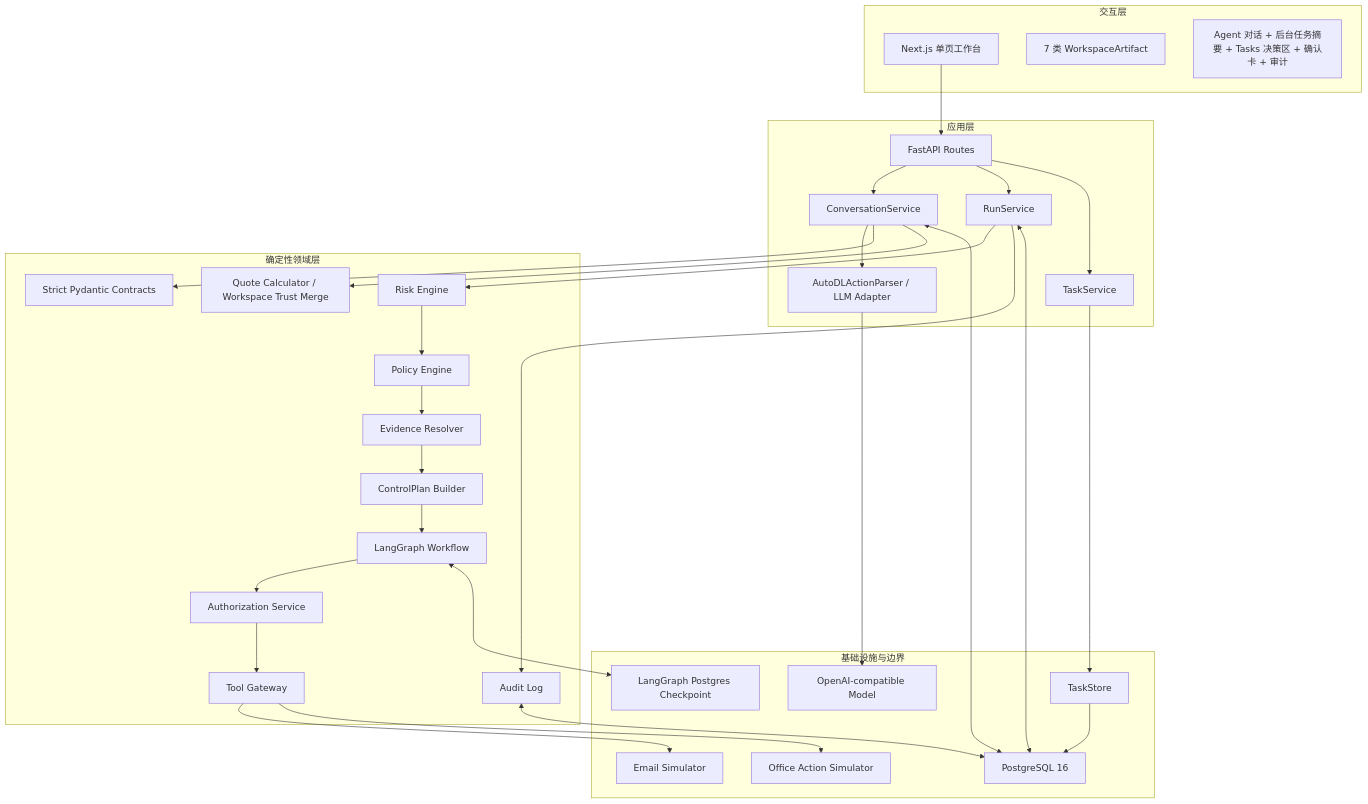
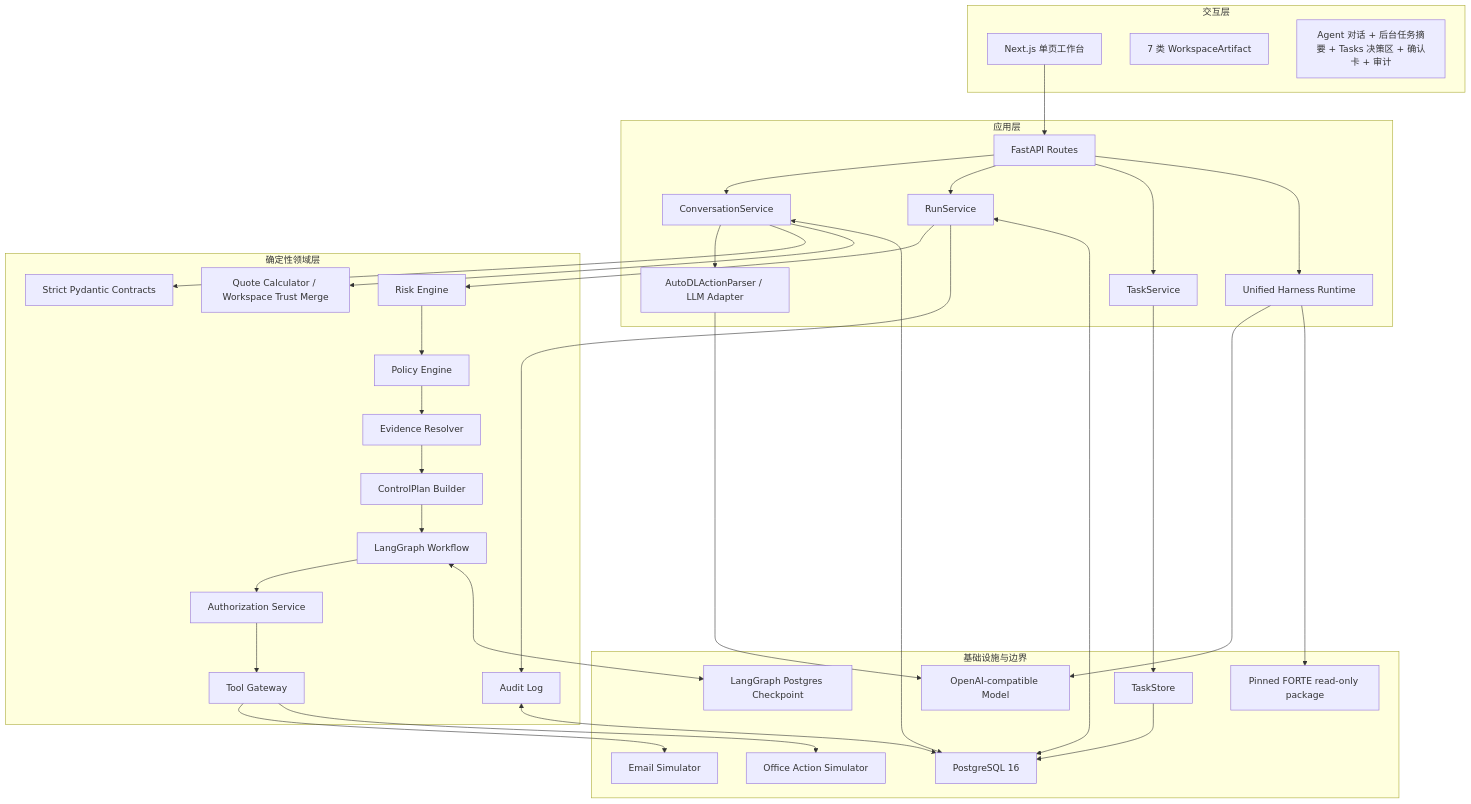
One commit to Dickey007s/lenovo_agent changed the first of 9 diagrams in docs/ARCHITECTURE.md. Above: the diagram before and after it, drawn with Mermaid. The commit also changed other lines of this file and 23 other files, not shown here.

Commit message:
docs(harness): bind FORTE worksite evidence

````diff
--- a/docs/ARCHITECTURE.md
+++ b/docs/ARCHITECTURE.md
@@ -17,56 +17,61 @@
 ```mermaid
 flowchart TB
     subgraph Client["交互层"]
         WEB["Next.js 单页工作台"]
         WORKSPACE["7 类 WorkspaceArtifact"]
         CHAT["Agent 对话 + 后台任务摘要 + Tasks 决策区 + 确认卡 + 审计"]
     end
 
     subgraph API["应用层"]
         ROUTES["FastAPI Routes"]
         CONV["ConversationService"]
         RUN["RunService"]
         TASK["TaskService"]
+        HARNESS["Unified Harness Runtime"]
         LLM["AutoDLActionParser / LLM Adapter"]
     end
 
     subgraph Domain["确定性领域层"]
         CONTRACTS["Strict Pydantic Contracts"]
         RISK["Risk Engine"]
         POLICY["Policy Engine"]
         EVIDENCE["Evidence Resolver"]
         QUOTE["Quote Calculator / Workspace Trust Merge"]
         PLAN["ControlPlan Builder"]
         GRAPH["LangGraph Workflow"]
         AUTH["Authorization Service"]
         GATEWAY["Tool Gateway"]
         AUDIT["Audit Log"]
     end
 
     subgraph Infra["基础设施与边界"]
         MODEL["OpenAI-compatible Model"]
         PG["PostgreSQL 16"]
         TASKSTORE["TaskStore"]
         CHECKPOINT["LangGraph Postgres Checkpoint"]
         EMAILSIM["Email Simulator"]
         OFFICESIM["Office Action Simulator"]
+        FORTE["Pinned FORTE read-only package"]
     end
 
     WEB --> ROUTES
     ROUTES --> CONV
     ROUTES --> RUN
     ROUTES --> TASK
+    ROUTES --> HARNESS
     CONV --> LLM --> MODEL
+    HARNESS --> MODEL
+    HARNESS --> FORTE
     CONV --> CONTRACTS
     CONV --> QUOTE
     RUN --> RISK --> POLICY --> EVIDENCE --> PLAN
     PLAN --> GRAPH --> AUTH --> GATEWAY
     GATEWAY --> EMAILSIM
     GATEWAY --> OFFICESIM
     RUN --> AUDIT
     TASK --> TASKSTORE --> PG
     CONV <--> PG
     RUN <--> PG
     GRAPH <--> CHECKPOINT
     AUDIT <--> PG
 ```
````
